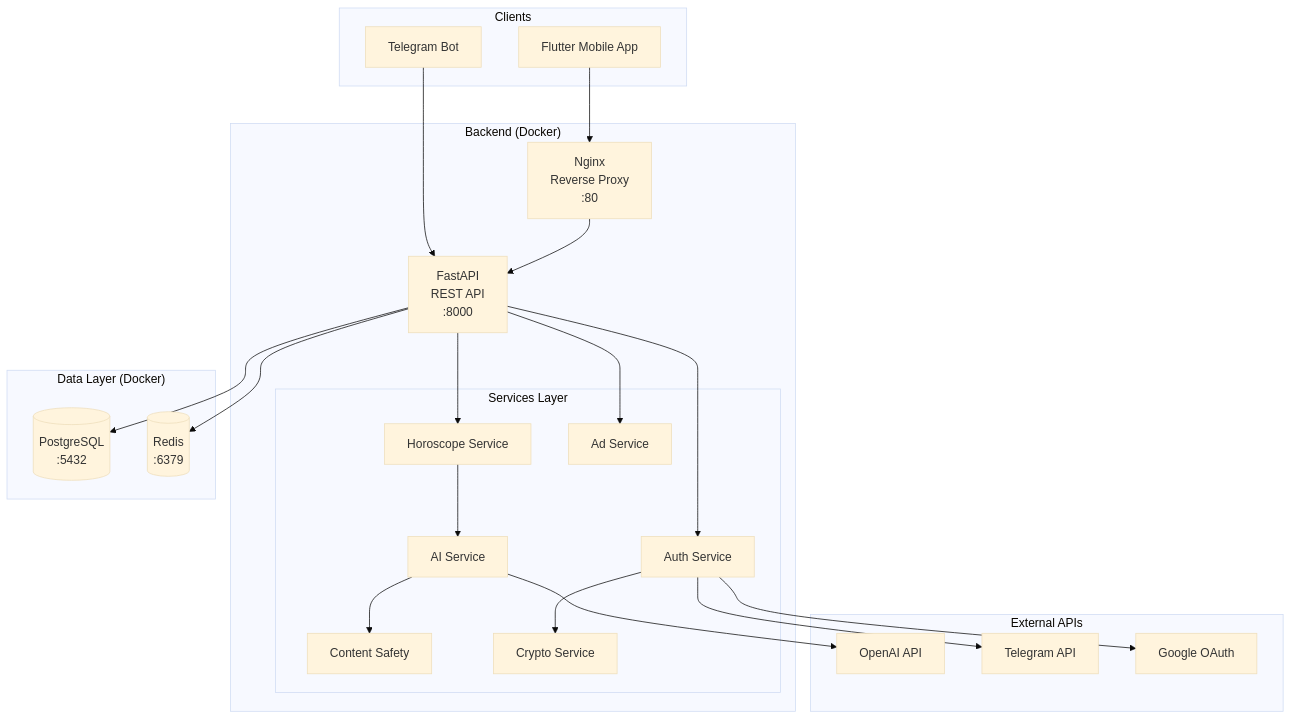
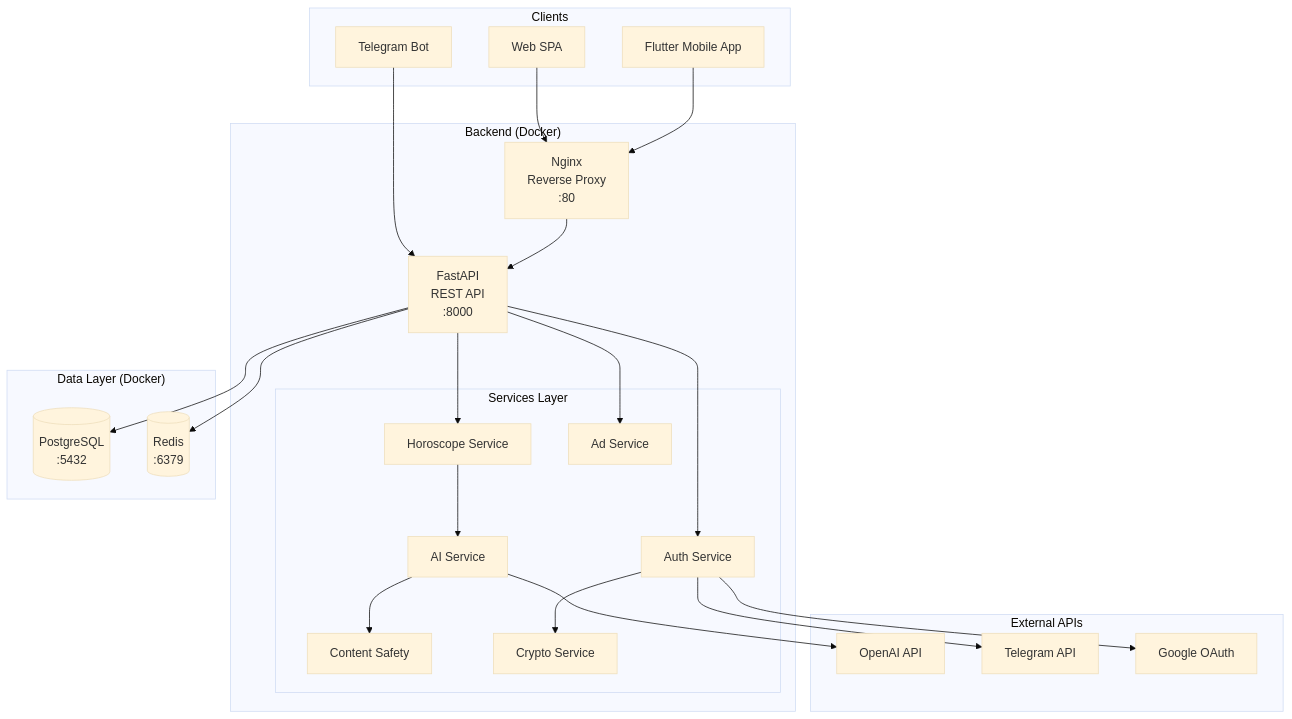
Before and after one commit to S1ayerNN/Sl2: the first of 8 diagrams in docs/SYSTEM-DOCUMENTATION.md, drawn with Mermaid (base theme). The commit also changed other lines of this file and 2 other files, not shown here.

````diff
--- a/docs/SYSTEM-DOCUMENTATION.md
+++ b/docs/SYSTEM-DOCUMENTATION.md
@@ -55,47 +55,49 @@
 ```mermaid
 graph TB
     subgraph Clients
+        WEB[Web SPA]
         MOBILE[Flutter Mobile App]
         TGBOT[Telegram Bot]
     end
 
     subgraph "Backend (Docker)"
         NGINX[Nginx<br>Reverse Proxy<br>:80]
         API[FastAPI<br>REST API<br>:8000]
         
         subgraph "Services Layer"
             AUTH_SVC[Auth Service]
             HORO_SVC[Horoscope Service]
             AI_SVC[AI Service]
             AD_SVC[Ad Service]
             SAFETY_SVC[Content Safety]
             CRYPTO_SVC[Crypto Service]
         end
     end
 
     subgraph "Data Layer (Docker)"
         PG[(PostgreSQL<br>:5432)]
         REDIS[(Redis<br>:6379)]
     end
 
     subgraph "External APIs"
         OPENAI[OpenAI API]
         TG_API[Telegram API]
         GOOGLE[Google OAuth]
     end
 
+    WEB --> NGINX
     MOBILE --> NGINX
     TGBOT --> API
     NGINX --> API
     API --> AUTH_SVC
     API --> HORO_SVC
     API --> AD_SVC
     HORO_SVC --> AI_SVC
     AI_SVC --> SAFETY_SVC
     AUTH_SVC --> CRYPTO_SVC
     AI_SVC --> OPENAI
     AUTH_SVC --> TG_API
     AUTH_SVC --> GOOGLE
     API --> PG
     API --> REDIS
 ```
````
